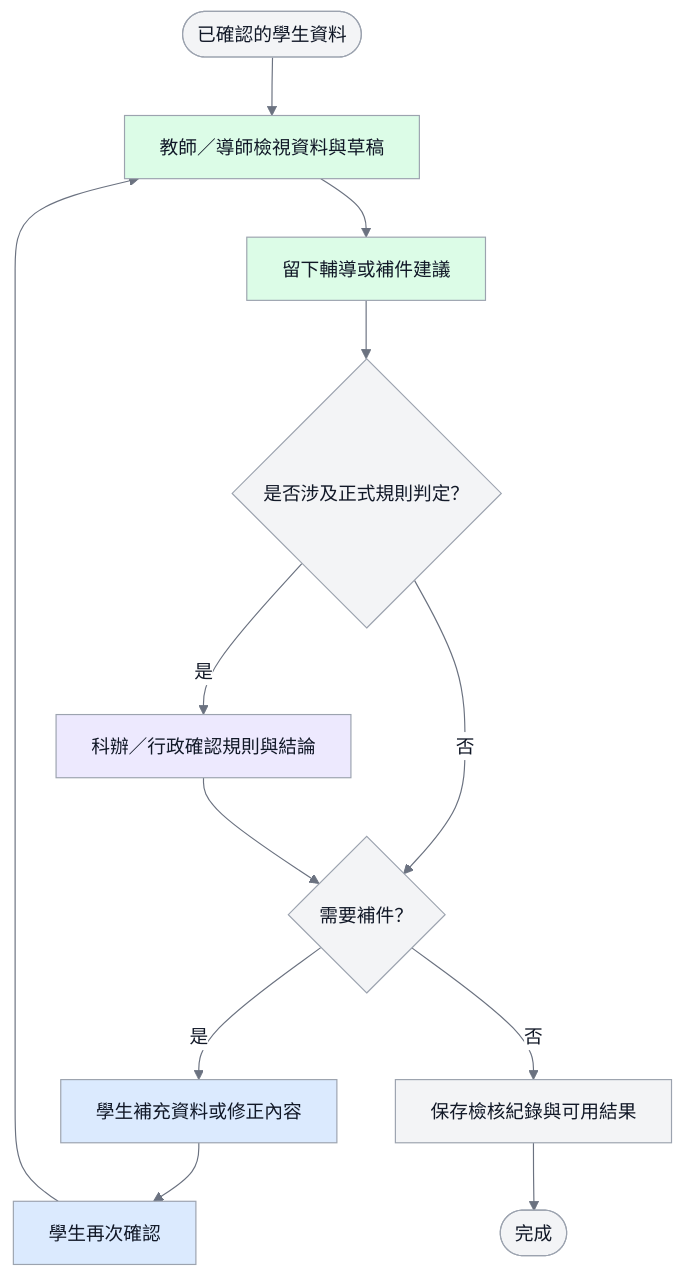
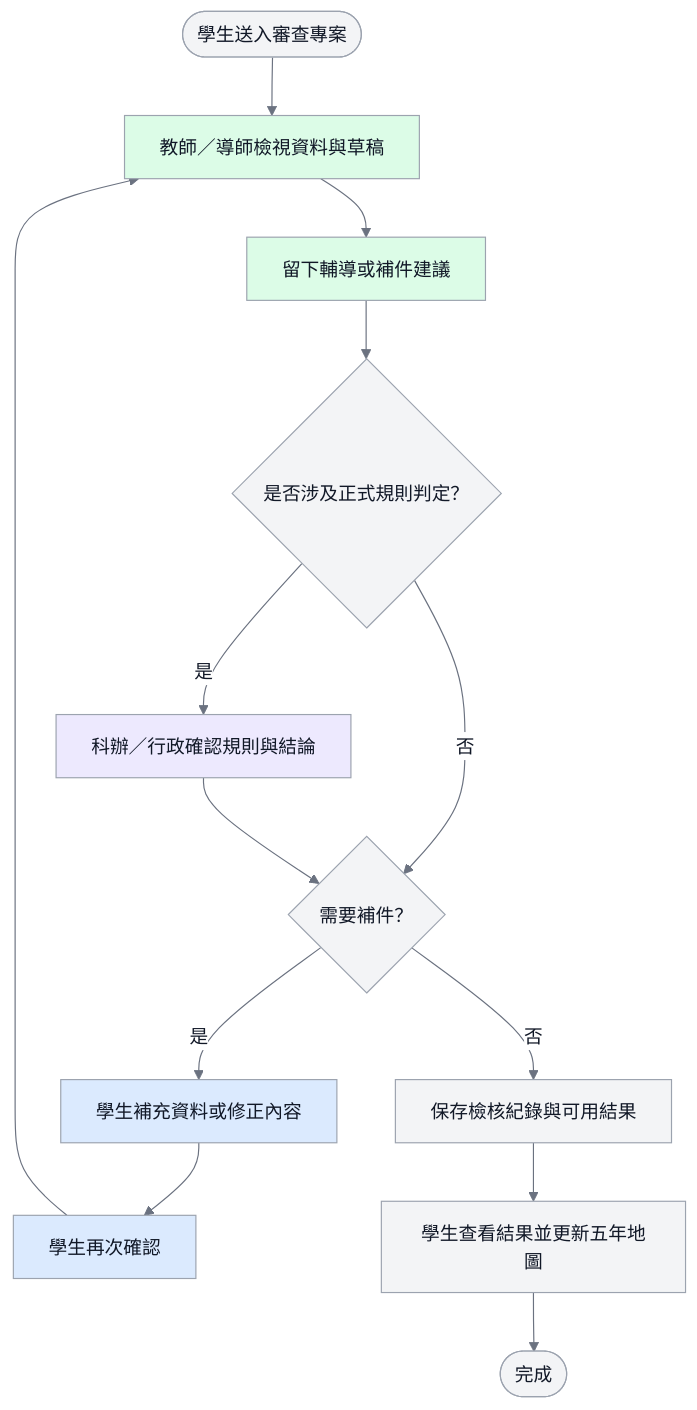
The third of 9 diagrams in docs/04_圖表與介面/diagrams.md (vujhdcusa/1028), drawn with Mermaid before and after one commit. The commit also changed other lines of this file and 5 other files, not shown here.

````diff
--- a/docs/04_圖表與介面/diagrams.md
+++ b/docs/04_圖表與介面/diagrams.md
@@ -69,20 +75,21 @@
 ```mermaid
 %%{init: {'theme':'base','themeVariables': {'fontFamily':'Microsoft JhengHei, Noto Sans TC, Arial, sans-serif','primaryColor':'#F3F4F6','primaryTextColor':'#111827','primaryBorderColor':'#9CA3AF','lineColor':'#6B7280','edgeLabelBackground':'#FFFFFF'}}}%%
 flowchart TD
     classDef student fill:#DBEAFE,stroke:#9CA3AF,color:#111827,stroke-width:1px;
     classDef teacher fill:#DCFCE7,stroke:#9CA3AF,color:#111827,stroke-width:1px;
     classDef staff fill:#EDE9FE,stroke:#9CA3AF,color:#111827,stroke-width:1px;
     classDef system fill:#F3F4F6,stroke:#9CA3AF,color:#111827,stroke-width:1px;
 
-    Start([已確認的學生資料]) --> TeacherView[教師／導師檢視資料與草稿]:::teacher
+    Start([學生送入審查專案]) --> TeacherView[教師／導師檢視資料與草稿]:::teacher
     TeacherView --> Advice[留下輔導或補件建議]:::teacher
     Advice --> RuleCheck{是否涉及正式規則判定？}
     RuleCheck -- 是 --> StaffCheck[科辦／行政確認規則與結論]:::staff
     RuleCheck -- 否 --> NeedFix{需要補件？}
     StaffCheck --> NeedFix
     NeedFix -- 是 --> StudentFix[學生補充資料或修正內容]:::student
     StudentFix --> StudentConfirm[學生再次確認]:::student
     StudentConfirm --> TeacherView
     NeedFix -- 否 --> Record[保存檢核紀錄與可用結果]:::system
-    Record --> End([完成])
+    Record --> Result[學生查看結果並更新五年地圖]:::system
+    Result --> End([完成])
 ```
````
